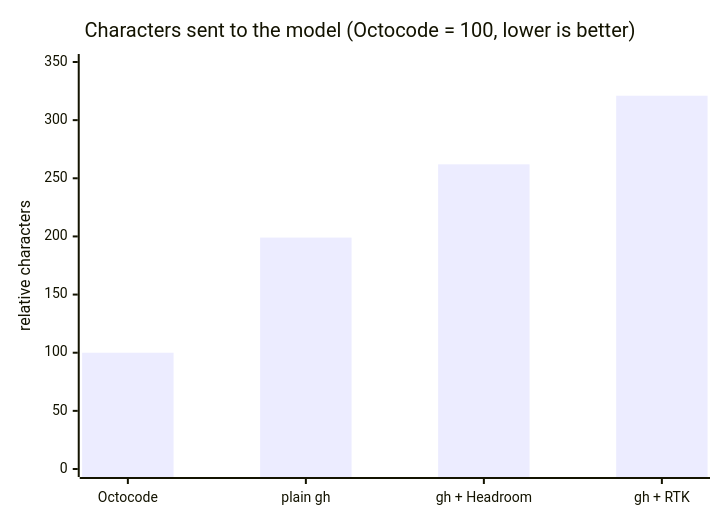
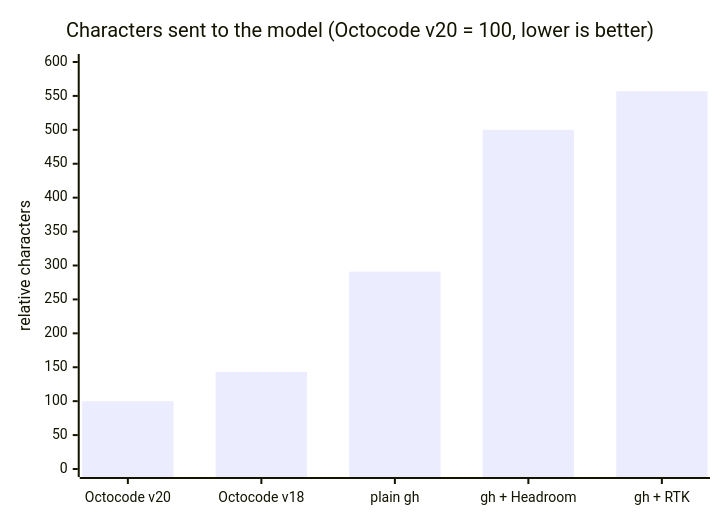
Before and after one commit to bgauryy/octocode: the diagram in README.md, drawn with Mermaid. The commit also changed other lines of this file and 832 other files, not shown here.

````diff
--- a/README.md
+++ b/README.md
@@ -94,7 +94,7 @@
 ```mermaid
 xychart-beta
-    title "Characters sent to the model (Octocode = 100, lower is better)"
-    x-axis ["Octocode", "plain gh", "gh + Headroom", "gh + RTK"]
-    y-axis "relative characters" 0 --> 350
-    bar [100, 199, 262, 321]
+    title "Characters sent to the model (Octocode v20 = 100, lower is better)"
+    x-axis ["Octocode v20", "Octocode v18", "plain gh", "gh + Headroom", "gh + RTK"]
+    y-axis "relative characters" 0 --> 600
+    bar [100, 143, 291, 500, 557]
 ```
````
